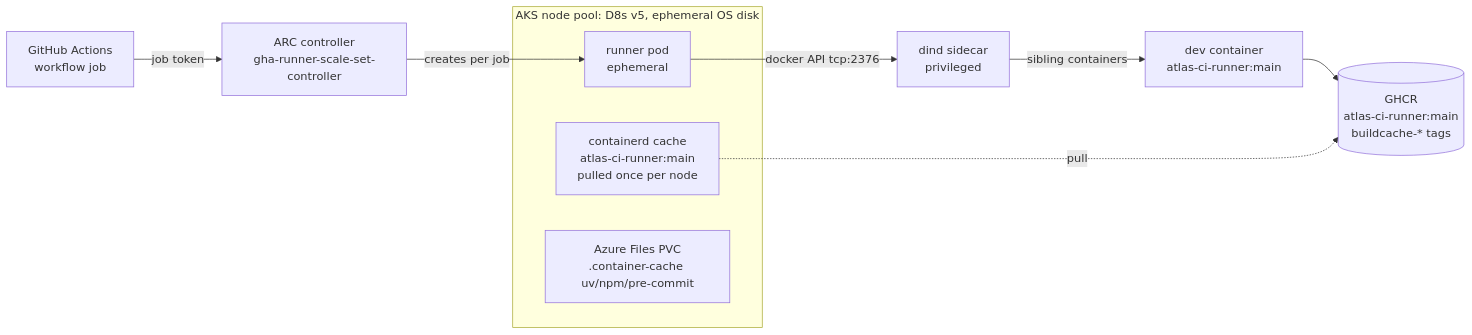
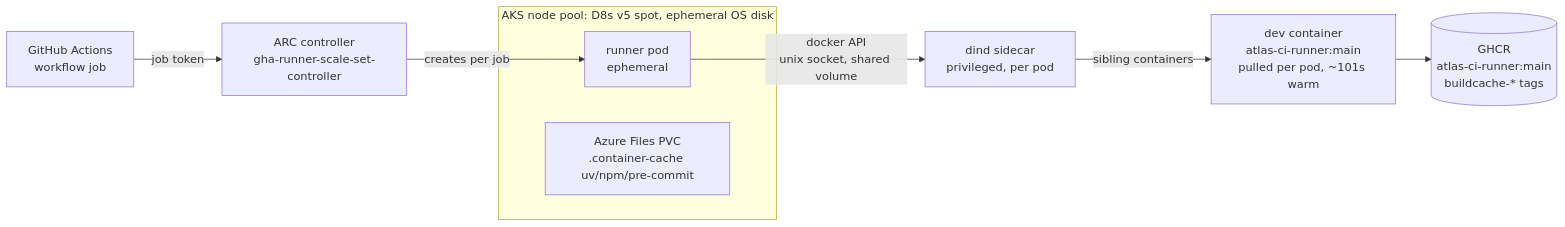
The diagram in docs/architecture/self-hosted-ci.md (aureliusenterprise/aurelius-atlas), drawn with Mermaid before and after one commit. The commit also changed other lines of this file and 7 other files, not shown here.

First line of the commit message:
ci(aks): Phase 1 groundwork - infra/arc, flag-day variables, cache volume mounts

````diff
--- a/docs/architecture/self-hosted-ci.md
+++ b/docs/architecture/self-hosted-ci.md
@@ -30,14 +33,12 @@
 ```mermaid
 flowchart LR
     GH[GitHub Actions<br/>workflow job] -->|job token| ARC[ARC controller<br/>gha-runner-scale-set-controller]
     ARC -->|creates per job| POD[runner pod<br/>ephemeral]
-    subgraph NODE[AKS node pool: D8s v5, ephemeral OS disk]
+    subgraph NODE[AKS node pool: D8s v5 spot, ephemeral OS disk]
         POD
-        CD[containerd cache<br/>atlas-ci-runner:main<br/>pulled once per node]
         AF[Azure Files PVC<br/>.container-cache uv/npm/pre-commit]
     end
-    POD -->|docker API tcp:2376| DIND[dind sidecar<br/>privileged]
-    DIND -->|sibling containers| DC[dev container<br/>atlas-ci-runner:main]
+    POD -->|docker API<br/>unix socket, shared volume| DIND[dind sidecar<br/>privileged, per pod]
+    DIND -->|sibling containers| DC[dev container<br/>atlas-ci-runner:main<br/>pulled per pod, ~101s warm]
     DC --> GHCR[(GHCR<br/>atlas-ci-runner:main<br/>buildcache-* tags)]
-    CD -.pull.-> GHCR
 ```
````
